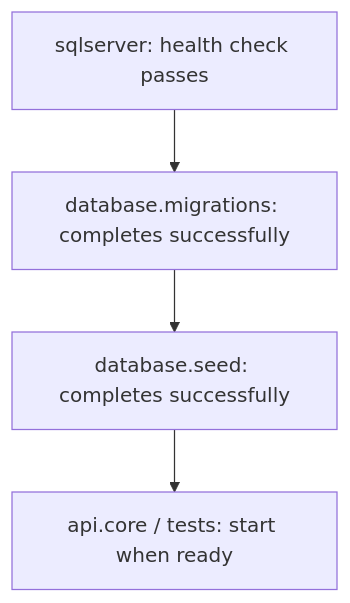
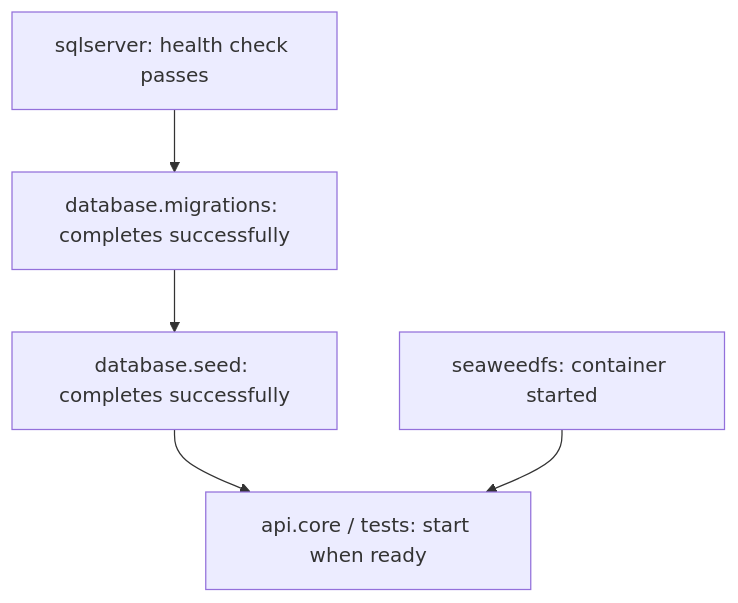
The diagram in docs/website/docker.md (aaronpo97/the-biergarten-app), drawn with Mermaid before and after one commit. The commit also changed other lines of this file and 6 other files, not shown here.

````diff
--- a/docs/website/docker.md
+++ b/docs/website/docker.md
@@ -180,6 +186,7 @@
 ```mermaid
 graph TD
     A[sqlserver: health check passes] --> B[database.migrations: completes successfully]
     B --> C[database.seed: completes successfully]
     C --> D[api.core / tests: start when ready]
+    E[seaweedfs: container started] --> D
 ```
````
